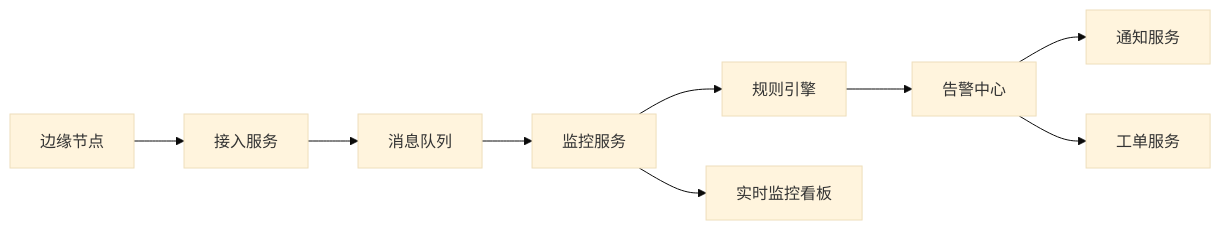
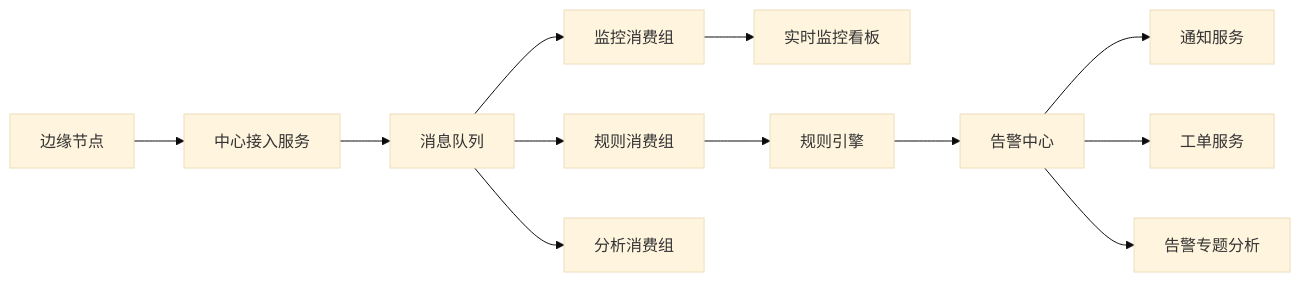
One commit to dptdptdpt1/26_jgs_lw changed the diagram in 场景到技术/02_实时监控与告警.md. Above: the diagram before and after it, drawn with Mermaid (base theme). The commit also changed other lines of this file and 17 other files, not shown here.

````diff
--- a/场景到技术/02_实时监控与告警.md
+++ b/场景到技术/02_实时监控与告警.md
@@ -95,11 +186,14 @@
 ```mermaid
 flowchart LR
-    A["边缘节点"] --> B["接入服务"]
+    A["边缘节点"] --> B["中心接入服务"]
     B --> C["消息队列"]
-    C --> D["监控服务"]
-    D --> E["规则引擎"]
-    E --> F["告警中心"]
-    F --> G["通知服务"]
-    F --> H["工单服务"]
-    D --> I["实时监控看板"]
+    C --> D["监控消费组"]
+    C --> E["规则消费组"]
+    C --> F["分析消费组"]
+    D --> G["实时监控看板"]
+    E --> H["规则引擎"]
+    H --> I["告警中心"]
+    I --> J["通知服务"]
+    I --> K["工单服务"]
+    I --> L["告警专题分析"]
 ```
````
